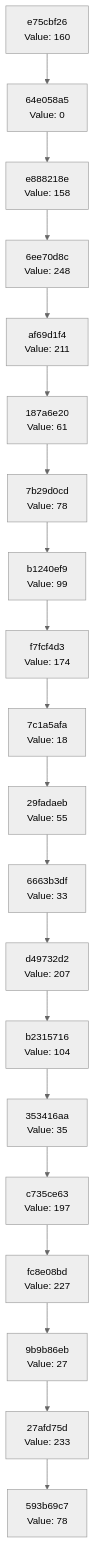
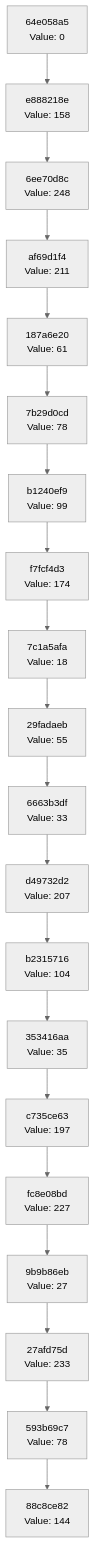
One commit to Abhisheksinha1506/hash-chain-evolver changed the diagram in docs/CHAIN_VISUALIZATION.md. Above: the diagram before and after it, drawn with Mermaid (neutral theme). The commit also changed 2 other files, not shown here.

Commit message:
Evolution step: hash 0x90 → action executed

````diff
--- a/docs/CHAIN_VISUALIZATION.md
+++ b/docs/CHAIN_VISUALIZATION.md
@@ -3,42 +3,42 @@
 ```mermaid
 graph TD
-    C0["593b69c7<br/>Value: 78"]
-    C1["27afd75d<br/>Value: 233"]
+    C0["88c8ce82<br/>Value: 144"]
+    C1["593b69c7<br/>Value: 78"]
     C1 --> C0
-    C2["9b9b86eb<br/>Value: 27"]
+    C2["27afd75d<br/>Value: 233"]
     C2 --> C1
-    C3["fc8e08bd<br/>Value: 227"]
+    C3["9b9b86eb<br/>Value: 27"]
     C3 --> C2
-    C4["c735ce63<br/>Value: 197"]
+    C4["fc8e08bd<br/>Value: 227"]
     C4 --> C3
-    C5["353416aa<br/>Value: 35"]
+    C5["c735ce63<br/>Value: 197"]
     C5 --> C4
-    C6["b2315716<br/>Value: 104"]
+    C6["353416aa<br/>Value: 35"]
     C6 --> C5
-    C7["d49732d2<br/>Value: 207"]
+    C7["b2315716<br/>Value: 104"]
     C7 --> C6
-    C8["6663b3df<br/>Value: 33"]
+    C8["d49732d2<br/>Value: 207"]
     C8 --> C7
-    C9["29fadaeb<br/>Value: 55"]
+    C9["6663b3df<br/>Value: 33"]
     C9 --> C8
-    C10["7c1a5afa<br/>Value: 18"]
+    C10["29fadaeb<br/>Value: 55"]
     C10 --> C9
-    C11["f7fcf4d3<br/>Value: 174"]
+    C11["7c1a5afa<br/>Value: 18"]
     C11 --> C10
-    C12["b1240ef9<br/>Value: 99"]
+    C12["f7fcf4d3<br/>Value: 174"]
     C12 --> C11
-    C13["7b29d0cd<br/>Value: 78"]
+    C13["b1240ef9<br/>Value: 99"]
     C13 --> C12
-    C14["187a6e20<br/>Value: 61"]
+    C14["7b29d0cd<br/>Value: 78"]
     C14 --> C13
-    C15["af69d1f4<br/>Value: 211"]
+    C15["187a6e20<br/>Value: 61"]
     C15 --> C14
-    C16["6ee70d8c<br/>Value: 248"]
+    C16["af69d1f4<br/>Value: 211"]
     C16 --> C15
-    C17["e888218e<br/>Value: 158"]
+    C17["6ee70d8c<br/>Value: 248"]
     C17 --> C16
-    C18["64e058a5<br/>Value: 0"]
+    C18["e888218e<br/>Value: 158"]
     C18 --> C17
-    C19["e75cbf26<br/>Value: 160"]
+    C19["64e058a5<br/>Value: 0"]
     C19 --> C18
 ```
````
